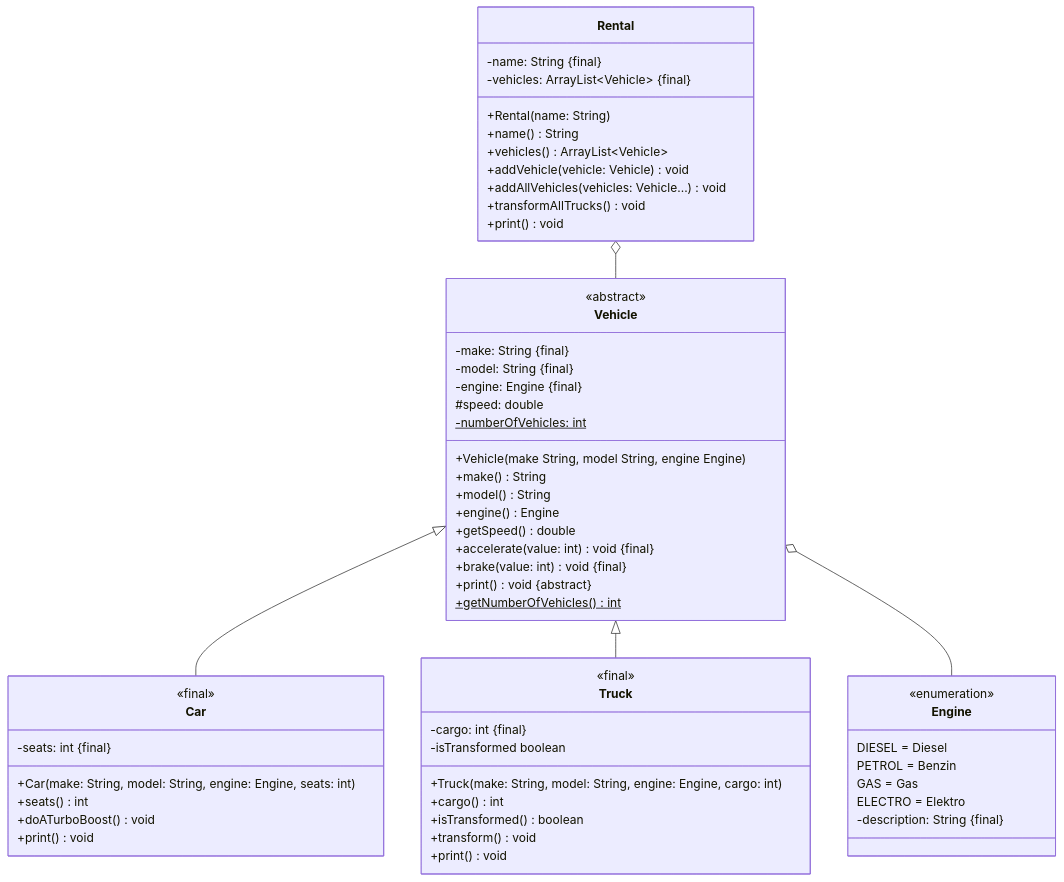
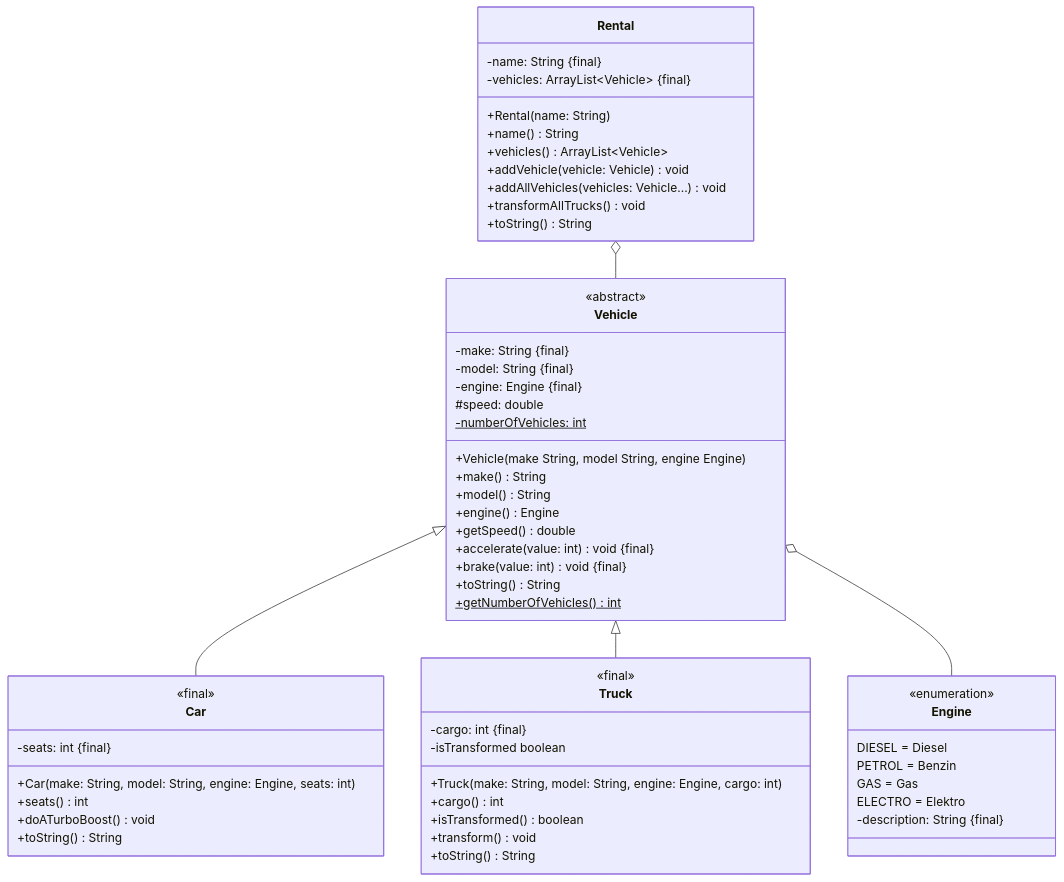
One commit to jappuccini/java-docs changed the diagram in docs/exercises/abstract-and-final/abstract-and-final01.mdx. Above: the diagram before and after it, drawn with Mermaid. The commit also changed 14 other files, not shown here.

````diff
--- a/docs/exercises/abstract-and-final/abstract-and-final01.mdx
+++ b/docs/exercises/abstract-and-final/abstract-and-final01.mdx
@@ -14,66 +14,66 @@
 ```mermaid
 classDiagram
     Vehicle <|-- Car
     Vehicle <|-- Truck
     Vehicle o-- Engine
     Rental o-- Vehicle
 
     class Vehicle {
         <<abstract>>
         -make: String &#123final&#125
         -model: String &#123final&#125
         -engine: Engine &#123final&#125
         #speed: double
         -numberOfVehicles: int$
         +Vehicle(make String, model String, engine Engine)
         +make() String
         +model() String
         +engine() Engine
         +getSpeed() double
         +accelerate(value: int) void &#123final&#125
         +brake(value: int) void &#123final&#125
-        +print() void &#123abstract&#125
+        +toString() String
         +getNumberOfVehicles()$ int
     }
 
     class Engine {
         <<enumeration>>
         DIESEL = Diesel
         PETROL = Benzin
         GAS = Gas
         ELECTRO = Elektro
         -description: String &#123final&#125
     }
 
     class Car {
         <<final>>
         -seats: int &#123final&#125
         +Car(make: String, model: String, engine: Engine, seats: int)
         +seats() int
         +doATurboBoost() void
-        +print() void
+        +toString() String
     }
 
     class Truck {
         <<final>>
         -cargo: int &#123final&#125
         -isTransformed boolean
         +Truck(make: String, model: String, engine: Engine, cargo: int)
         +cargo() int
         +isTransformed() boolean
         +transform() void
-        +print() void
+        +toString() String
     }
 
     class Rental {
         -name: String &#123final&#125
         -vehicles: ArrayList~Vehicle~ &#123final&#125
         +Rental(name: String)
         +name() String
         +vehicles() ArrayList~Vehicle~
         +addVehicle(vehicle: Vehicle) void
         +addAllVehicles(vehicles: Vehicle...) void
         +transformAllTrucks() void
-        +print() void
+        +toString() String
     }
 ```
````
